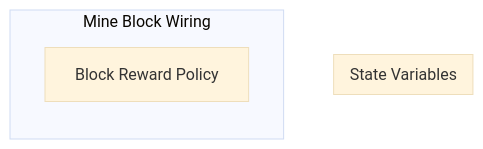
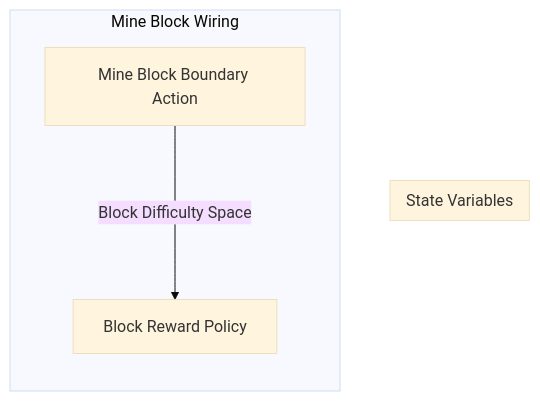
Before and after one commit to dominant-strategies/Quai-Macro-Model: the diagram in Research/MSML Scaffold/Wiring/Mine Block Wiring.md, drawn with Mermaid (base theme). The commit also changed other lines of this file and 14 other files, not shown here.

Commit message:
Mine block boundary action

````diff
--- a/Research/MSML Scaffold/Wiring/Mine Block Wiring.md
+++ b/Research/MSML Scaffold/Wiring/Mine Block Wiring.md
@@ -3,11 +3,13 @@
 ```mermaid
 graph TB
 
 subgraph SVS["State Variables"]
 end
 
-subgraph X2["Mine Block Wiring"]
+subgraph X3["Mine Block Wiring"]
 direction TB
-X1["Block Reward Policy"]
+X1["Mine Block Boundary Action"]
+X2["Block Reward Policy"]
+X1--"Block Difficulty Space"--->X2
 end
 ```
````
